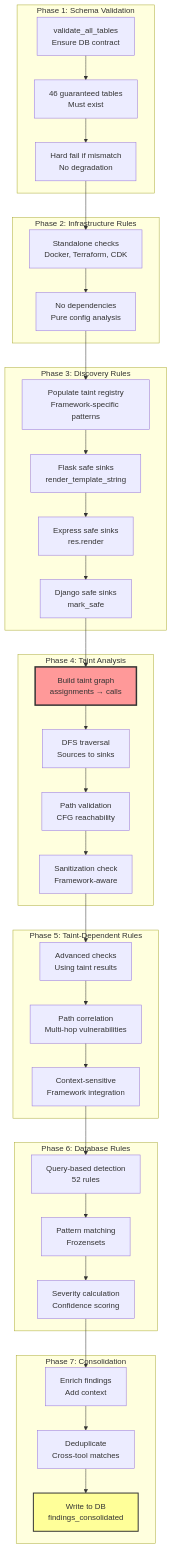
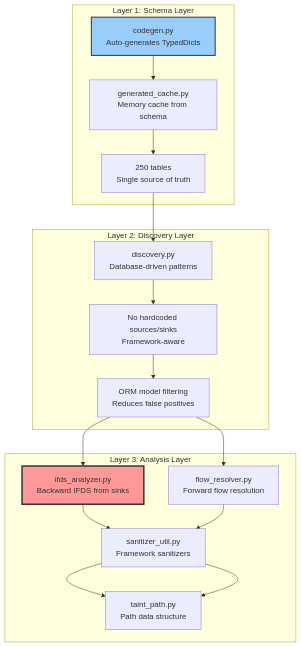
One commit to TheAuditorTool/Auditor changed the eighth of 12 diagrams in Architecture.md. Above: the diagram before and after it, drawn with Mermaid. The commit also changed other lines of this file and 5 other files, not shown here.

````diff
--- a/Architecture.md
+++ b/Architecture.md
@@ -638,58 +660,32 @@
 ```mermaid
 graph TB
-    subgraph "Phase 1: Schema Validation"
-        A1[validate_all_tables<br/>Ensure DB contract]
-        A2[46 guaranteed tables<br/>Must exist]
-        A3[Hard fail if mismatch<br/>No degradation]
+    subgraph "Layer 1: Schema Layer"
+        A1[codegen.py<br/>Auto-generates TypedDicts]
+        A2[generated_cache.py<br/>Memory cache from schema]
+        A3[250 tables<br/>Single source of truth]
     end
 
-    subgraph "Phase 2: Infrastructure Rules"
-        B1[Standalone checks<br/>Docker, Terraform, CDK]
-        B2[No dependencies<br/>Pure config analysis]
+    subgraph "Layer 2: Discovery Layer"
+        B1[discovery.py<br/>Database-driven patterns]
+        B2[No hardcoded sources/sinks<br/>Framework-aware]
+        B3[ORM model filtering<br/>Reduces false positives]
     end
 
-    subgraph "Phase 3: Discovery Rules"
-        C1[Populate taint registry<br/>Framework-specific patterns]
-        C2[Flask safe sinks<br/>render_template_string]
-        C3[Express safe sinks<br/>res.render]
-        C4[Django safe sinks<br/>mark_safe]
-    end
-
-    subgraph "Phase 4: Taint Analysis"
-        D1[Build taint graph<br/>assignments → calls]
-        D2[DFS traversal<br/>Sources to sinks]
-        D3[Path validation<br/>CFG reachability]
-        D4[Sanitization check<br/>Framework-aware]
-    end
-
-    subgraph "Phase 5: Taint-Dependent Rules"
-        E1[Advanced checks<br/>Using taint results]
-        E2[Path correlation<br/>Multi-hop vulnerabilities]
-        E3[Context-sensitive<br/>Framework integration]
-    end
-
-    subgraph "Phase 6: Database Rules"
-        F1[Query-based detection<br/>52 rules]
-        F2[Pattern matching<br/>Frozensets]
-        F3[Severity calculation<br/>Confidence scoring]
-    end
-
-    subgraph "Phase 7: Consolidation"
-        G1[Enrich findings<br/>Add context]
-        G2[Deduplicate<br/>Cross-tool matches]
-        G3[Write to DB<br/>findings_consolidated]
+    subgraph "Layer 3: Analysis Layer"
+        C1[ifds_analyzer.py<br/>Backward IFDS from sinks]
+        C2[flow_resolver.py<br/>Forward flow resolution]
+        C3[sanitizer_util.py<br/>Framework sanitizers]
+        C4[taint_path.py<br/>Path data structure]
     end
 
     A1 --> A2 --> A3
-    A3 --> B1 --> B2
-    B2 --> C1
-    C1 --> C2 --> C3 --> C4
-    C4 --> D1
-    D1 --> D2 --> D3 --> D4
-    D4 --> E1 --> E2 --> E3
-    E3 --> F1 --> F2 --> F3
-    F3 --> G1 --> G2 --> G3
+    A3 --> B1
+    B1 --> B2 --> B3
+    B3 --> C1
+    B3 --> C2
+    C1 --> C3 --> C4
+    C2 --> C3 --> C4
 
-    style D1 fill:#f99,stroke:#333,stroke-width:3px
-    style G3 fill:#ff9,stroke:#333,stroke-width:2px
+    style A1 fill:#9cf,stroke:#333,stroke-width:2px
+    style C1 fill:#f99,stroke:#333,stroke-width:3px
 ```
````
